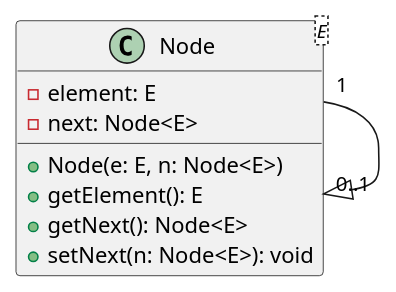
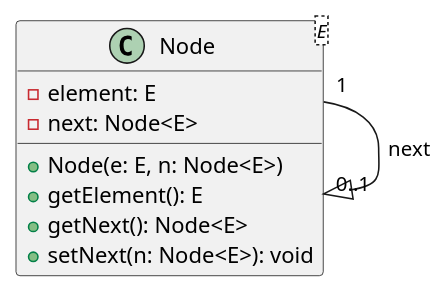
Before and after one commit to ruslylove/datastruct: the second of 10 diagrams in lectures/lect-3-Singly-Linked-List.md, drawn with PlantUML. The commit also changed other lines of this file, not shown here.

Commit message:
update linked list diagram.

````diff
--- a/lectures/lect-3-Singly-Linked-List.md
+++ b/lectures/lect-3-Singly-Linked-List.md
@@ -161,18 +161,18 @@
-```plantuml {scale:'1'}
+```plantuml {scale:'0.85'}
 
 @startuml
 
 ' Define the nested Node class
 class Node<E> {
   - element: E
   - next: Node<E>
   + Node(e: E, n: Node<E>)
   + getElement(): E
   + getNext(): Node<E>
   + setNext(n: Node<E>): void
 }
 
-Node "1" --|> "0..1" Node
+Node "1" --|> "0..1" Node : next
 @enduml
 
 ```
````
